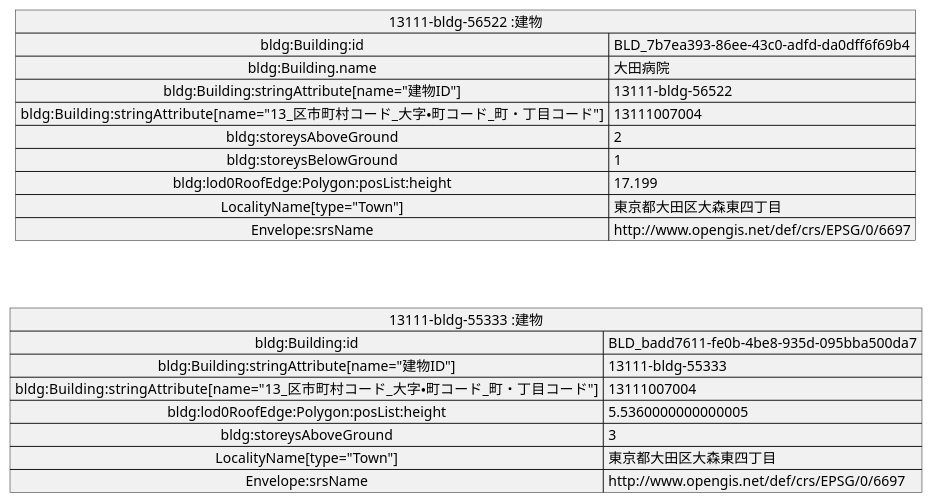
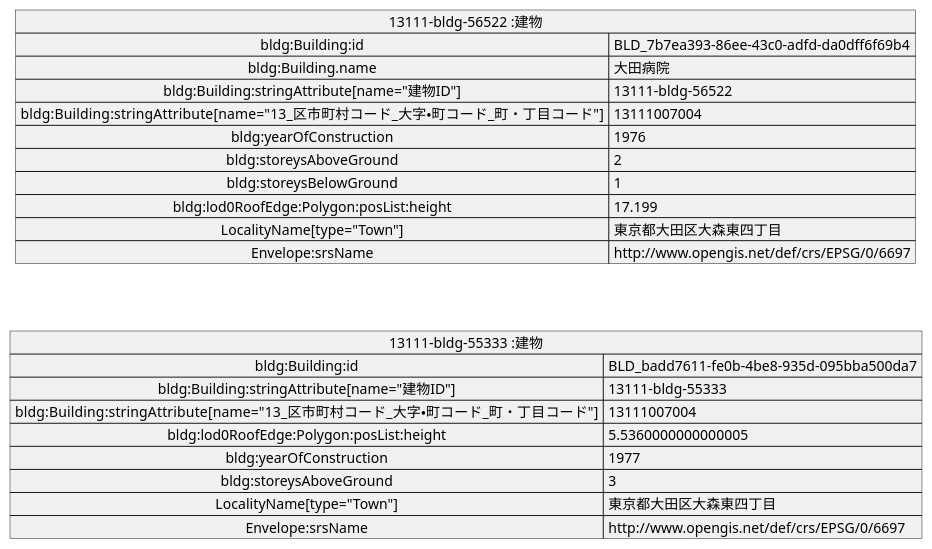
One commit to yuuhayashi/citygml-osm changed the diagram in doc/building/sample-e/sample-e-gml.pu. Above: the diagram before and after it, drawn with PlantUML. The commit also changed 22 other files, not shown here.

Commit message:
fix #31 建築年 bldg:yearOfConstruction

```diff
--- a/doc/building/sample-e/sample-e-gml.pu
+++ b/doc/building/sample-e/sample-e-gml.pu
@@ -1,23 +1,25 @@
 @startuml
 map "13111-bldg-56522 :建物" as A {
  bldg:Building:id => BLD_7b7ea393-86ee-43c0-adfd-da0dff6f69b4
  bldg:Building.name => 大田病院
  bldg:Building:stringAttribute[name="建物ID"] => 13111-bldg-56522
  bldg:Building:stringAttribute[name="13_区市町村コード_大字・町コード_町・丁目コード"] => 13111007004
+ bldg:yearOfConstruction => 1976
  bldg:storeysAboveGround => 2
  bldg:storeysBelowGround => 1
  bldg:lod0RoofEdge:Polygon:posList:height => 17.199
  LocalityName[type="Town"] => 東京都大田区大森東四丁目
  Envelope:srsName => http://www.opengis.net/def/crs/EPSG/0/6697
 }
 map "13111-bldg-55333 :建物" as B {
  bldg:Building:id => BLD_badd7611-fe0b-4be8-935d-095bba500da7
  bldg:Building:stringAttribute[name="建物ID"] => 13111-bldg-55333
  bldg:Building:stringAttribute[name="13_区市町村コード_大字・町コード_町・丁目コード"] => 13111007004
  bldg:lod0RoofEdge:Polygon:posList:height => 5.5360000000000005
+ bldg:yearOfConstruction => 1977
  bldg:storeysAboveGround => 3
  LocalityName[type="Town"] => 東京都大田区大森東四丁目
  Envelope:srsName => http://www.opengis.net/def/crs/EPSG/0/6697
 }
 A -[hidden]- B
 @enduml
```
